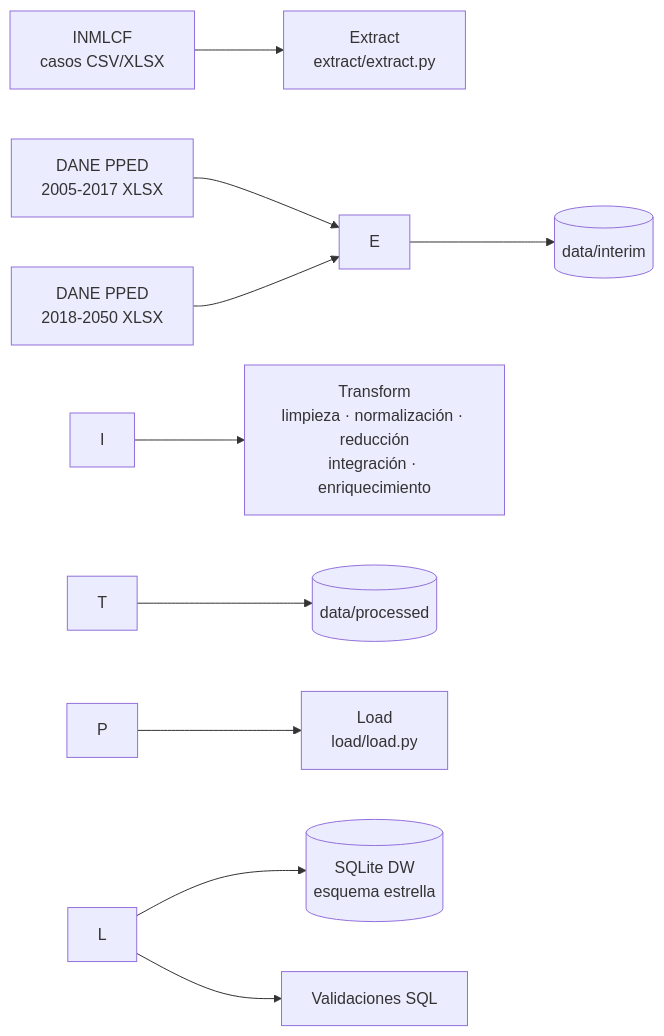
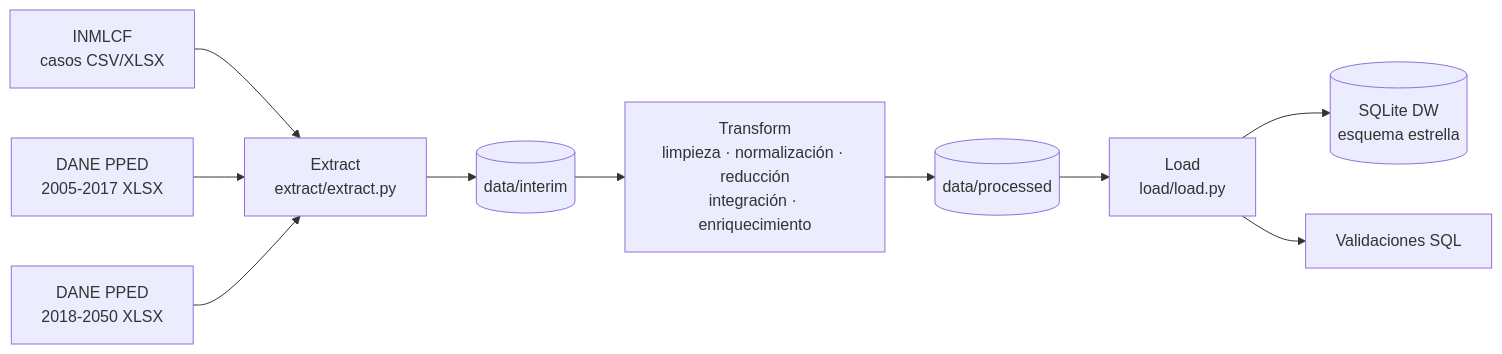
Before and after one commit to larryjol/etl-suicidios-colombia: the first of 2 diagrams in README.md, drawn with Mermaid. The commit also changed other lines of this file, not shown here.

````diff
--- a/README.md
+++ b/README.md
@@ -48,12 +48,12 @@
 ```mermaid
 flowchart LR
-    A\[INMLCF<br/>casos CSV/XLSX] --> E\[Extract<br/>extract/extract.py]
-    B\[DANE PPED<br/>2005-2017 XLSX] --> E
-    C\[DANE PPED<br/>2018-2050 XLSX] --> E
-    E --> I\[(data/interim)]
-    I --> T\[Transform<br/>limpieza · normalización · reducción<br/>integración · enriquecimiento]
-    T --> P\[(data/processed)]
-    P --> L\[Load<br/>load/load.py]
-    L --> D\[(SQLite DW<br/>esquema estrella)]
-    L --> V\[Validaciones SQL]
+    A[INMLCF<br/>casos CSV/XLSX] --> E[Extract<br/>extract/extract.py]
+    B[DANE PPED<br/>2005-2017 XLSX] --> E
+    C[DANE PPED<br/>2018-2050 XLSX] --> E
+    E --> I[(data/interim)]
+    I --> T[Transform<br/>limpieza · normalización · reducción<br/>integración · enriquecimiento]
+    T --> P[(data/processed)]
+    P --> L[Load<br/>load/load.py]
+    L --> D[(SQLite DW<br/>esquema estrella)]
+    L --> V[Validaciones SQL]
 ```
````
